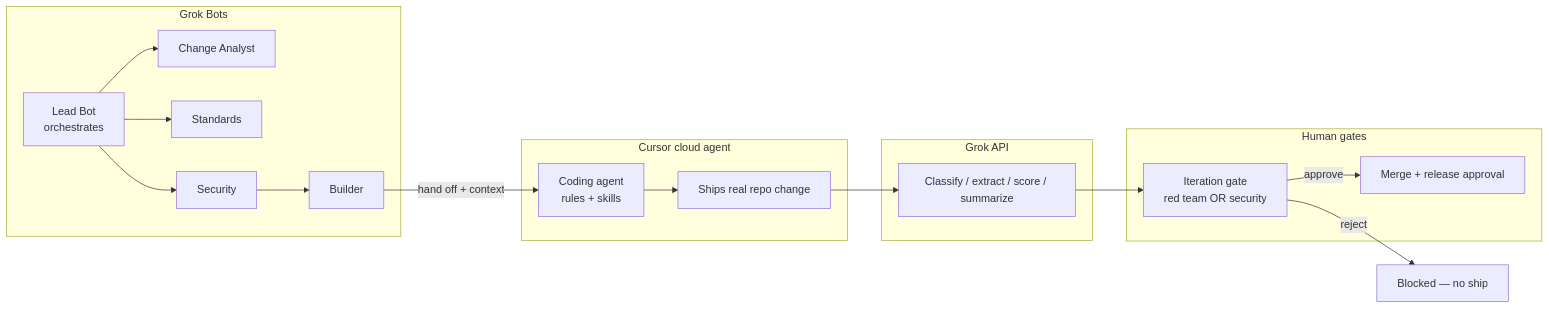
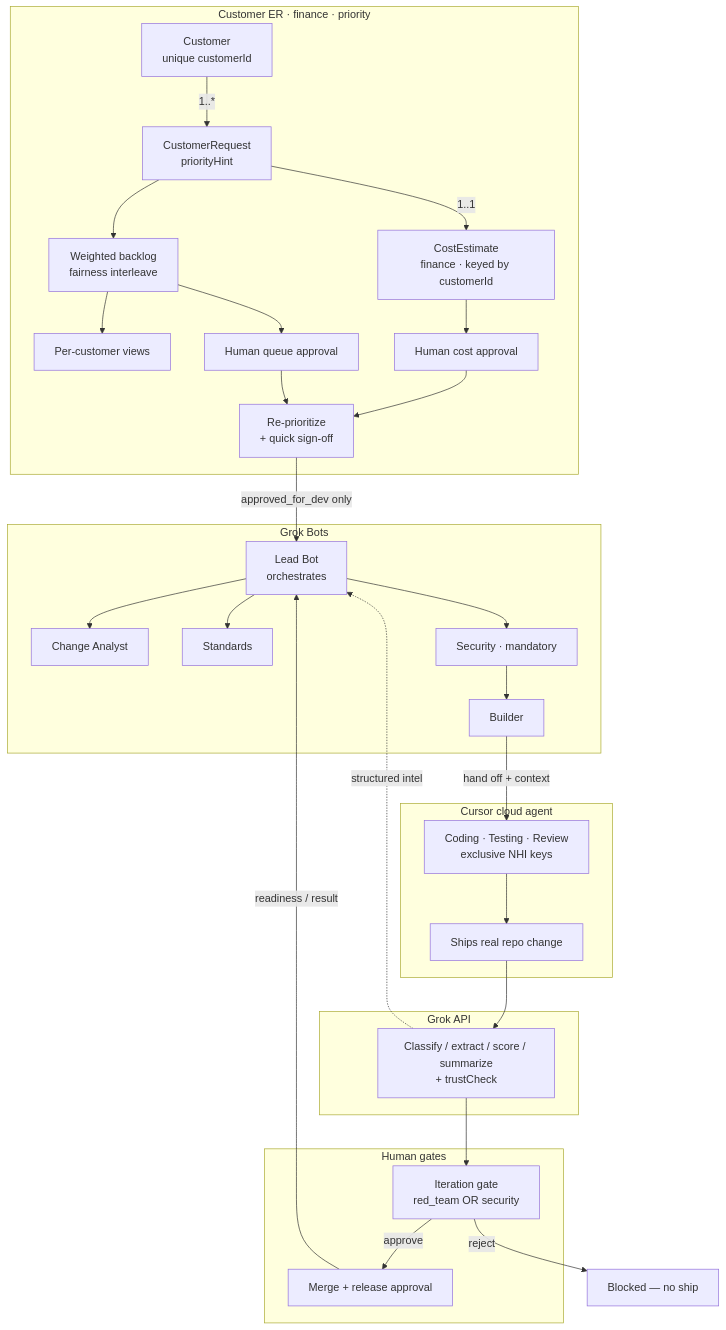
Before and after one commit to vishamathur/mvp-releasedesk: the diagram in docs/spacexai-demo-slides.md, drawn with Mermaid. The commit also changed other lines of this file and 1 other file, not shown here.

Commit message:
Expand Slide 2 Mermaid to full Lead circle
Show customer ER, cost/finance, priority fairness feeding Lead,
then bots → Cursor → Grok API → human gates, with readiness
and intel closing the loop back to Lead.

````diff
--- a/docs/spacexai-demo-slides.md
+++ b/docs/spacexai-demo-slides.md
@@ -44,35 +44,57 @@
 ```mermaid
-flowchart LR
+flowchart TB
+  subgraph Intake["Customer ER · finance · priority"]
+    Cust["Customer<br/>unique customerId"]
+    Req["CustomerRequest<br/>priorityHint"]
+    Cost["CostEstimate<br/>finance · keyed by customerId"]
+    Queue["Weighted backlog<br/>fairness interleave"]
+    Views["Per-customer views"]
+    CostGate["Human cost approval"]
+    QGate["Human queue approval"]
+    RePri["Re-prioritize<br/>+ quick sign-off"]
+    Cust -->|1..*| Req
+    Req -->|1..1| Cost
+    Req --> Queue
+    Queue --> Views
+    Cost --> CostGate
+    Queue --> QGate
+    CostGate --> RePri
+    QGate --> RePri
+  end
+
   subgraph GrokBots["Grok Bots"]
     Lead["Lead Bot<br/>orchestrates"]
     CA["Change Analyst"]
     Std["Standards"]
-    Sec["Security"]
+    Sec["Security · mandatory"]
     Bld["Builder"]
     Lead --> CA
     Lead --> Std
     Lead --> Sec
     Sec --> Bld
   end
 
   subgraph CursorLane["Cursor cloud agent"]
-    Agent["Coding agent<br/>rules + skills"]
+    Agent["Coding · Testing · Review<br/>exclusive NHI keys"]
     Repo["Ships real repo change"]
     Agent --> Repo
   end
 
   subgraph GrokAPI["Grok API"]
-    Intel["Classify / extract / score / summarize"]
+    Intel["Classify / extract / score / summarize<br/>+ trustCheck"]
   end
 
   subgraph Humans["Human gates"]
-    Gate["Iteration gate<br/>red team OR security"]
+    Iter["Iteration gate<br/>red_team OR security"]
     Merge["Merge + release approval"]
   end
 
+  RePri -->|"approved_for_dev only"| Lead
   Bld -->|"hand off + context"| Agent
   Repo --> Intel
-  Intel --> Gate
-  Gate -->|approve| Merge
-  Gate -->|reject| Blocked["Blocked — no ship"]
+  Intel --> Iter
+  Iter -->|approve| Merge
+  Iter -->|reject| Blocked["Blocked — no ship"]
+  Merge -->|"readiness / result"| Lead
+  Intel -.->|"structured intel"| Lead
 ```
````
